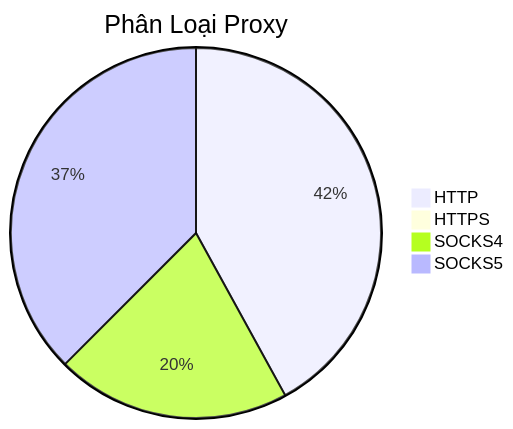
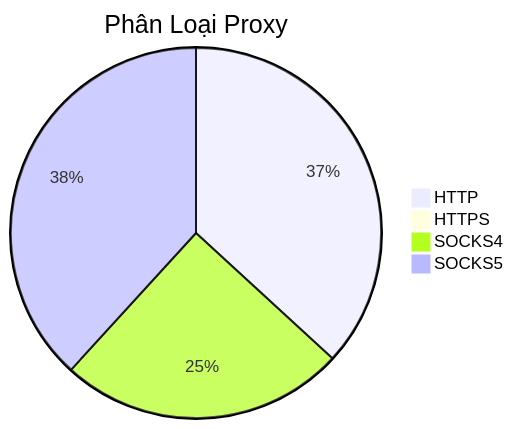
One commit to Ciara-12/PROXY-free changed the diagram in README.md. Above: the diagram before and after it, drawn with Mermaid. The commit also changed other lines of this file and 4 other files, not shown here.

````diff
--- a/README.md
+++ b/README.md
@@ -26,7 +26,7 @@
 ```mermaid
 pie title Phân Loại Proxy
-    "HTTP" : 851
-    "HTTPS" : 2
-    "SOCKS4" : 415
-    "SOCKS5" : 760
+    "HTTP" : 608
+    "HTTPS" : 4
+    "SOCKS4" : 412
+    "SOCKS5" : 631
 ```
````
